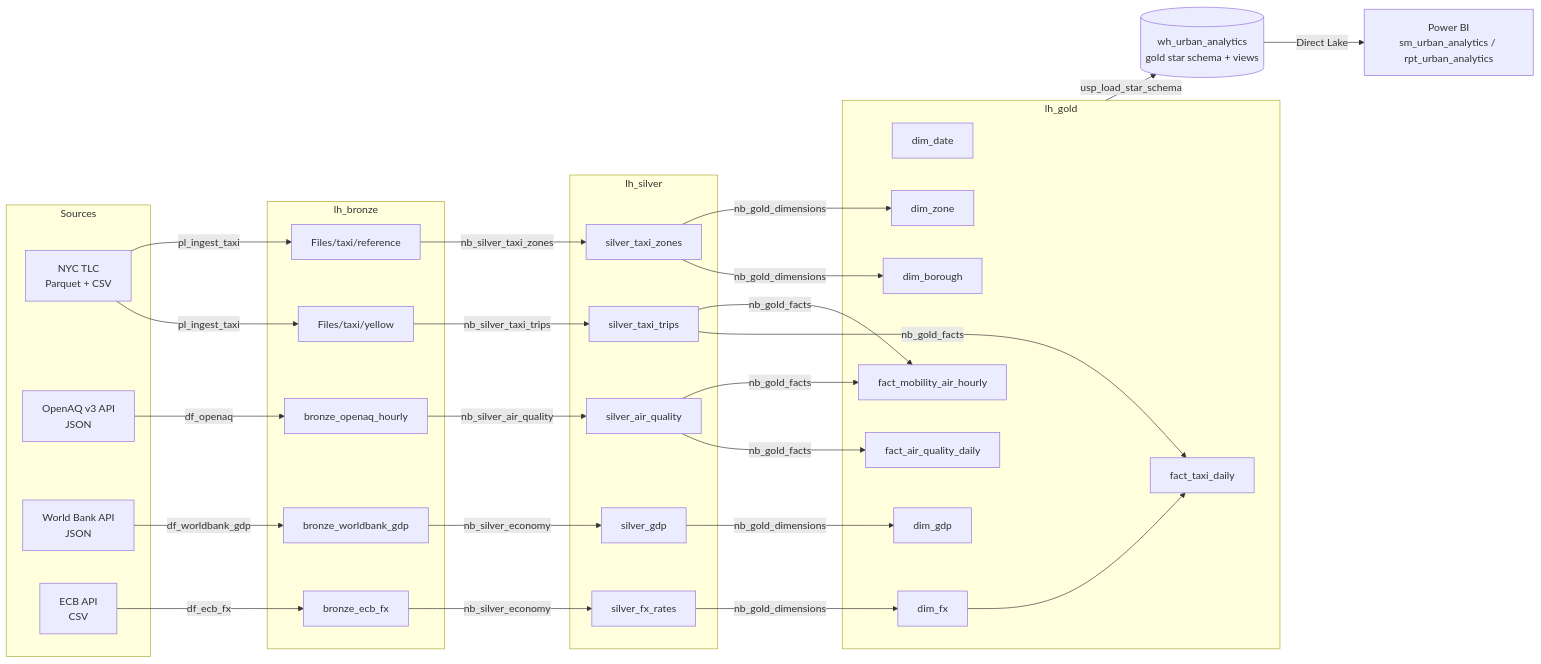
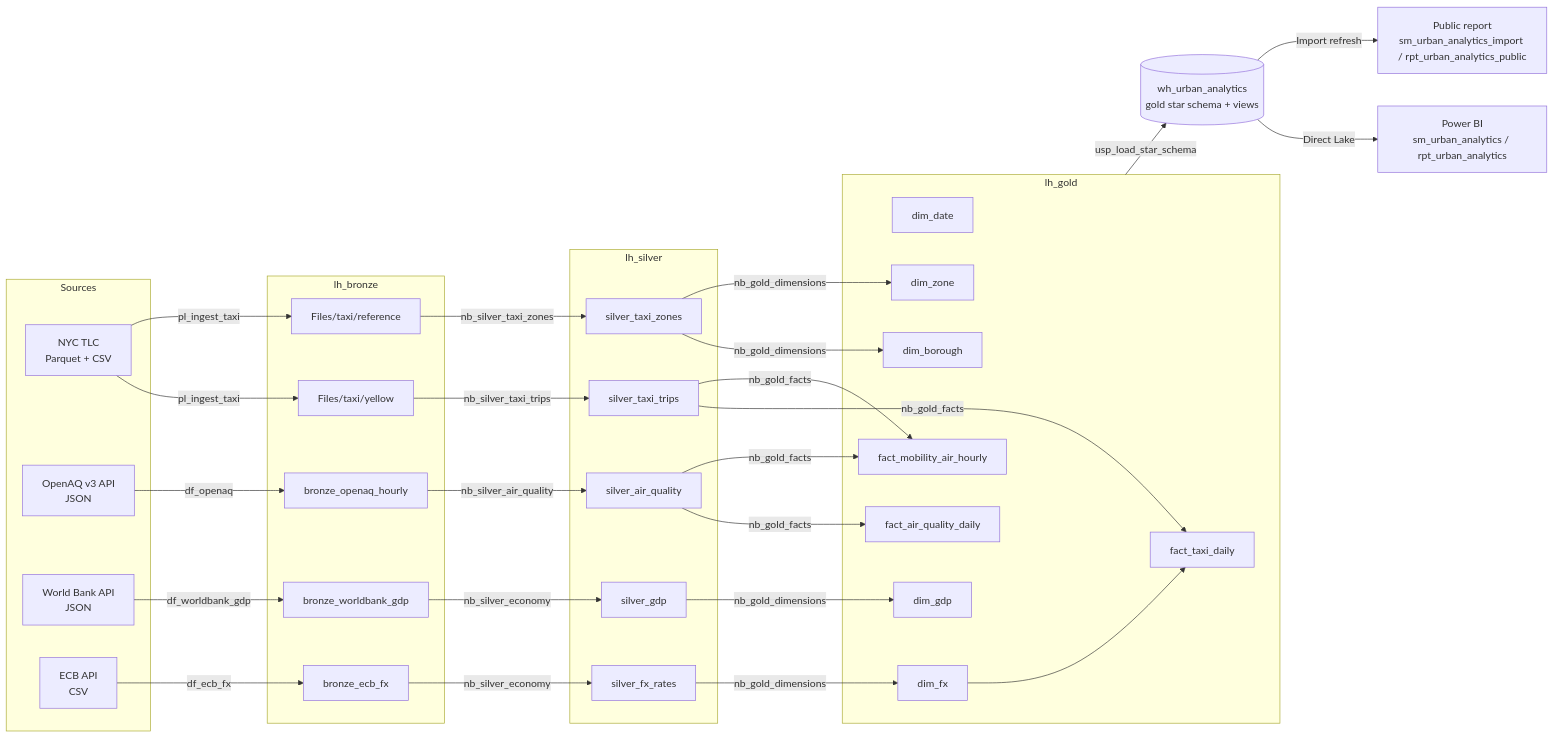
One commit to soliha10/urban-analytics-fabric changed the diagram in 08_docs/02_lineage.md. Above: the diagram before and after it, drawn with Mermaid. The commit also changed other lines of this file and 3 other files, not shown here.

````diff
--- a/08_docs/02_lineage.md
+++ b/08_docs/02_lineage.md
@@ -3,60 +3,62 @@
 ```mermaid
 flowchart LR
     subgraph Sources
         TLC[NYC TLC<br/>Parquet + CSV]
         OAQ[OpenAQ v3 API<br/>JSON]
         WB[World Bank API<br/>JSON]
         ECB[ECB API<br/>CSV]
     end
 
     subgraph Bronze[lh_bronze]
         BT[Files/taxi/yellow]
         BZ[Files/taxi/reference]
         BA[bronze_openaq_hourly]
         BG[bronze_worldbank_gdp]
         BF[bronze_ecb_fx]
     end
 
     subgraph Silver[lh_silver]
         ST[silver_taxi_trips]
         SZ[silver_taxi_zones]
         SA[silver_air_quality]
         SF[silver_fx_rates]
         SG[silver_gdp]
     end
 
     subgraph Gold[lh_gold]
         DD[dim_date]
         DB[dim_borough]
         DZ[dim_zone]
         DF[dim_fx]
         DG[dim_gdp]
         FT[fact_taxi_daily]
         FA[fact_air_quality_daily]
         FH[fact_mobility_air_hourly]
     end
 
     WH[(wh_urban_analytics<br/>gold star schema + views)]
     PBI[Power BI<br/>sm_urban_analytics / rpt_urban_analytics]
+    PUB[Public report<br/>sm_urban_analytics_import / rpt_urban_analytics_public]
 
     TLC -- pl_ingest_taxi --> BT & BZ
     OAQ -- df_openaq --> BA
     WB -- df_worldbank_gdp --> BG
     ECB -- df_ecb_fx --> BF
 
     BT -- nb_silver_taxi_trips --> ST
     BZ -- nb_silver_taxi_zones --> SZ
     BA -- nb_silver_air_quality --> SA
     BG -- nb_silver_economy --> SG
     BF -- nb_silver_economy --> SF
 
     SZ -- nb_gold_dimensions --> DB & DZ
     SF -- nb_gold_dimensions --> DF
     SG -- nb_gold_dimensions --> DG
     ST -- nb_gold_facts --> FT & FH
     SA -- nb_gold_facts --> FA & FH
     DF --> FT
 
     Gold -- usp_load_star_schema --> WH
     WH -- Direct Lake --> PBI
+    WH -- Import refresh --> PUB
 ```
````
